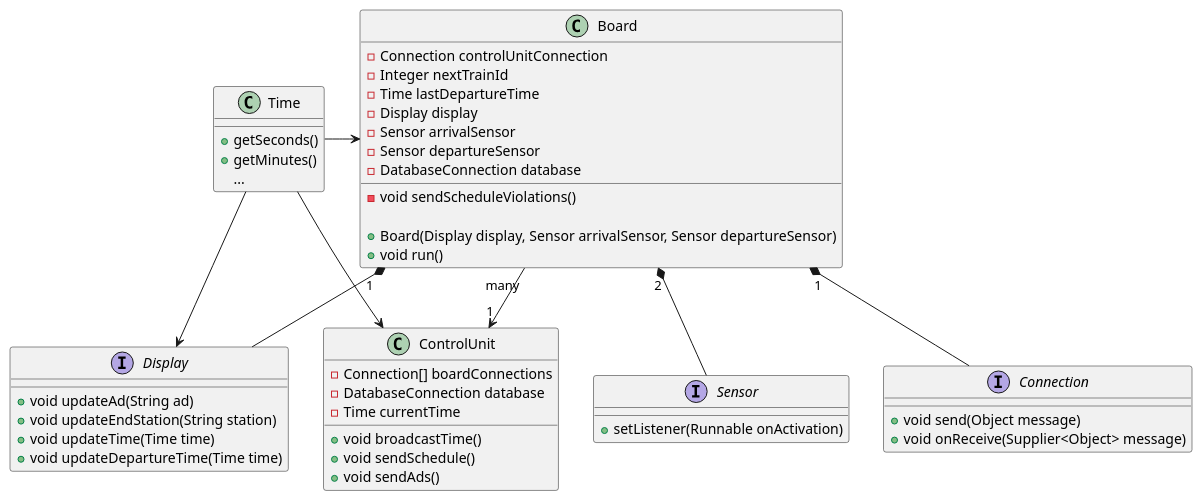
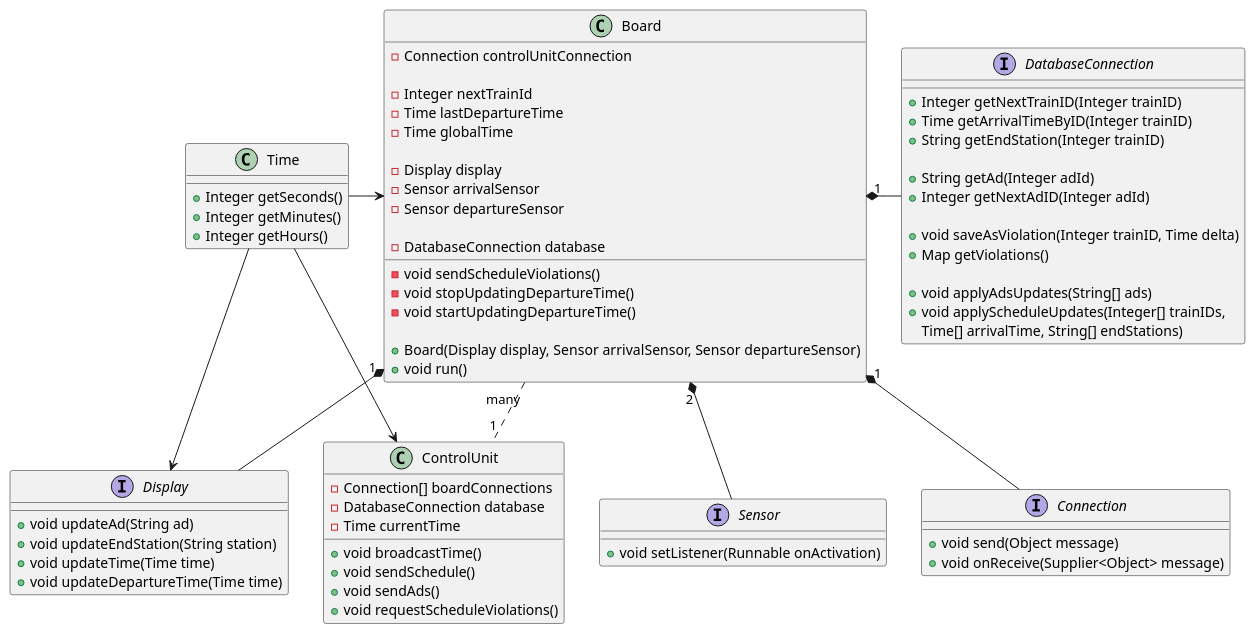
One commit to qvic/OOP-2-year changed the diagram in lab_5/class.pu. Above: the diagram before and after it, drawn with PlantUML. The commit also changed 20 other files, not shown here.

```diff
--- a/lab_5/class.pu
+++ b/lab_5/class.pu
@@ -1,57 +1,81 @@
 @startuml
 class Time {
-	+getSeconds()
-	+getMinutes()
-	{method}...
+	+Integer getSeconds()
+	+Integer getMinutes()
+	+Integer getHours()
 }
 
 interface Display {
 	+void updateAd(String ad)
 	+void updateEndStation(String station)
 	+void updateTime(Time time)
 	+void updateDepartureTime(Time time)
 }
 
 interface Sensor {
-	+setListener(Runnable onActivation)
+	+void setListener(Runnable onActivation)
 }
 
 interface Connection {
 	+void send(Object message)
 	+void onReceive(Supplier<Object> message)
+}
+
+interface DatabaseConnection {
+	+Integer getNextTrainID(Integer trainID)
+	+Time getArrivalTimeByID(Integer trainID)
+	+String getEndStation(Integer trainID)
+
+	+String getAd(Integer adId)
+	+Integer getNextAdID(Integer adId)
+
+	+void saveAsViolation(Integer trainID, Time delta)
+	+Map getViolations()
+
+	+void applyAdsUpdates(String[] ads)
+	+void applyScheduleUpdates(Integer[] trainIDs, 
+	Time[] arrivalTime, String[] endStations)
 }
 
 class ControlUnit {
 	-Connection[] boardConnections
 	-DatabaseConnection database
 	-Time currentTime
 
 	+void broadcastTime()
 	+void sendSchedule()
 	+void sendAds()
+	+void requestScheduleViolations()
 }
 
 class Board {
 	-Connection controlUnitConnection
+
 	-Integer nextTrainId
 	-Time lastDepartureTime
+	-Time globalTime
+
 	-Display display
 	-Sensor arrivalSensor
 	-Sensor departureSensor
+
 	-DatabaseConnection database 
 
 	-void sendScheduleViolations()
+	-void stopUpdatingDepartureTime()
+	-void startUpdatingDepartureTime()
 
 	+Board(Display display, Sensor arrivalSensor, Sensor departureSensor)
 	+void run()
 }
 
 Board "1" *-- Display
 Board "1" *-- Connection
+Board "1" *- DatabaseConnection
 Board "2" *-- Sensor
-Board "many" --> "1" ControlUnit
+Board "many" .. "1" ControlUnit
 Time --> Display
 Time --> ControlUnit
 Time -> Board
 
 @enduml
```
